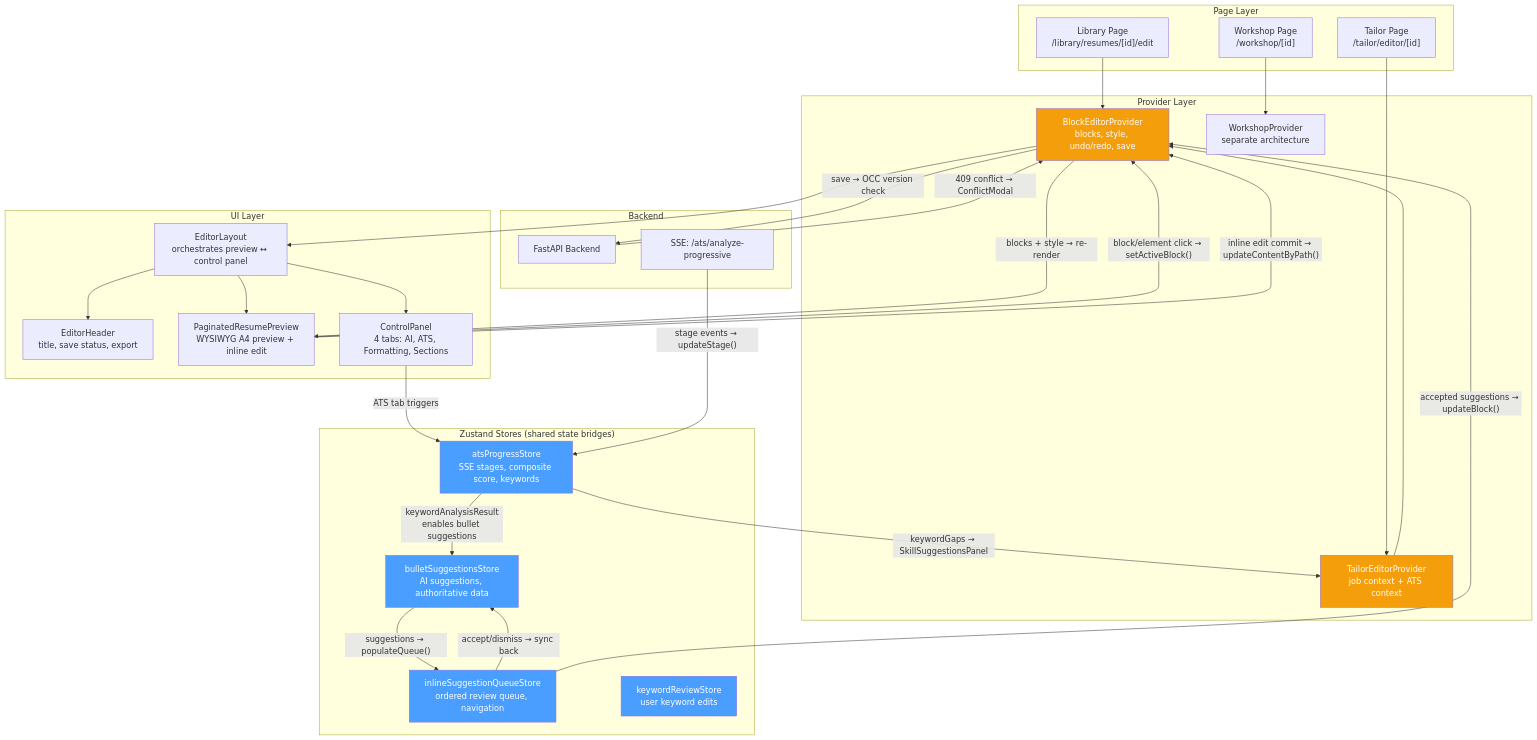
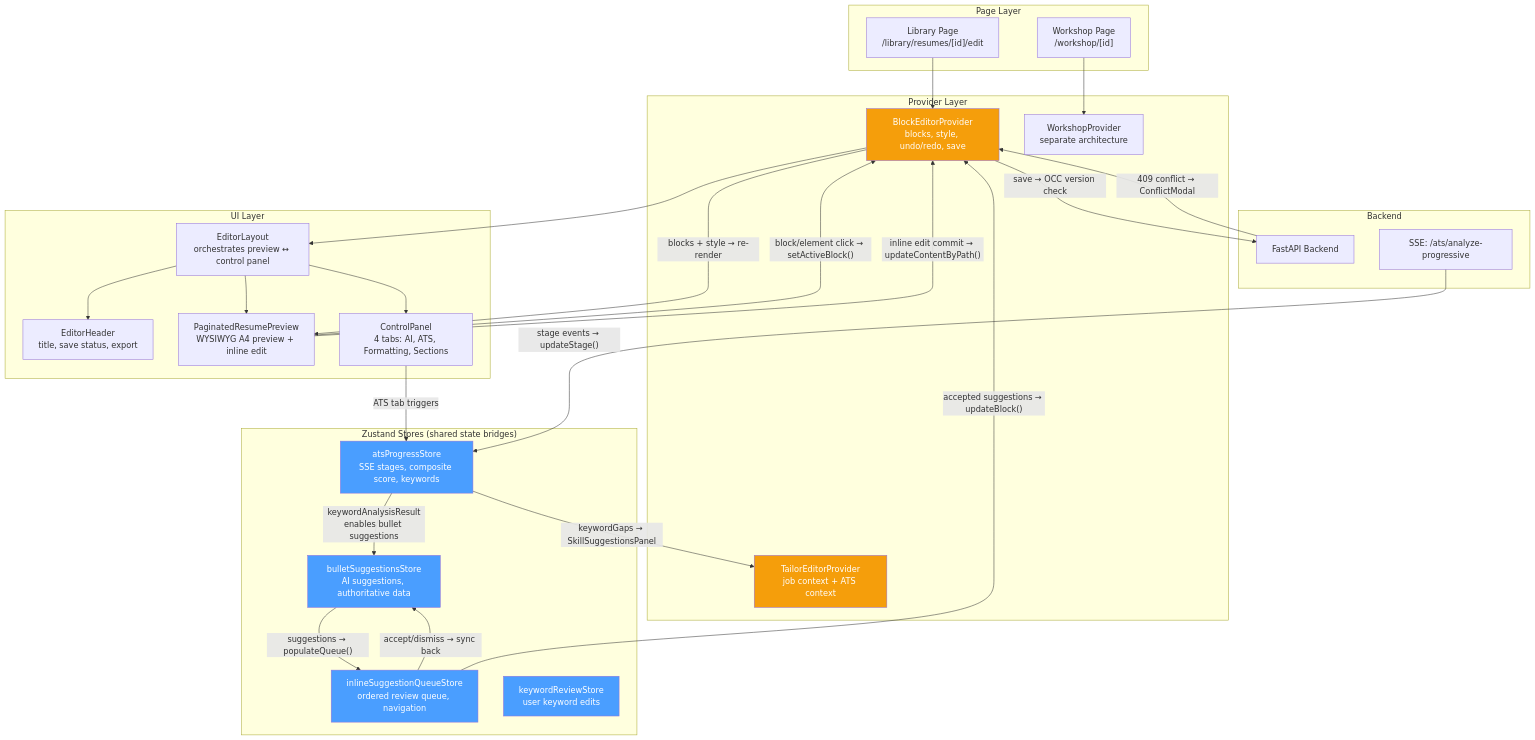
One commit to Sungchunn/AI-Resume-Tailor changed the first of 7 diagrams in docs/architecture/editor-guide.md. Above: the diagram before and after it, drawn with Mermaid. The commit also changed other lines of this file, not shown here.

First line of the commit message:
docs: mark tailor editor as disabled in editor guide

````diff
--- a/docs/architecture/editor-guide.md
+++ b/docs/architecture/editor-guide.md
@@ -13,64 +13,62 @@
 ```mermaid
 graph TB
     subgraph "Page Layer"
         LP["Library Page<br/>/library/resumes/[id]/edit"]
-        TP["Tailor Page<br/>/tailor/editor/[id]"]
         WP["Workshop Page<br/>/workshop/[id]"]
     end
 
     subgraph "Provider Layer"
         TEP["TailorEditorProvider<br/>job context + ATS context"]
         BEP["BlockEditorProvider<br/>blocks, style, undo/redo, save"]
         WSP["WorkshopProvider<br/>separate architecture"]
     end
 
     subgraph "UI Layer"
         EL["EditorLayout<br/>orchestrates preview ↔ control panel"]
         EH["EditorHeader<br/>title, save status, export"]
         PP["PaginatedResumePreview<br/>WYSIWYG A4 preview + inline edit"]
         CP["ControlPanel<br/>4 tabs: AI, ATS, Formatting, Sections"]
     end
 
     subgraph "Zustand Stores (shared state bridges)"
         APS["atsProgressStore<br/>SSE stages, composite score, keywords"]
         BSS["bulletSuggestionsStore<br/>AI suggestions, authoritative data"]
         ISQS["inlineSuggestionQueueStore<br/>ordered review queue, navigation"]
         KRS["keywordReviewStore<br/>user keyword edits"]
     end
 
     subgraph "Backend"
         API["FastAPI Backend"]
         SSE["SSE: /ats/analyze-progressive"]
     end
 
     LP --> BEP
-    TP --> TEP --> BEP
     WP --> WSP
 
     BEP --> EL
     EL --> EH
     EL --> PP
     EL --> CP
 
     CP -- "ATS tab triggers" --> APS
     APS -- "keywordAnalysisResult<br/>enables bullet suggestions" --> BSS
     APS -- "keywordGaps → SkillSuggestionsPanel" --> TEP
     BSS -- "suggestions → populateQueue()" --> ISQS
     ISQS -- "accept/dismiss → sync back" --> BSS
     ISQS -- "accepted suggestions → updateBlock()" --> BEP
 
     PP -- "block/element click → setActiveBlock()" --> BEP
     PP -- "inline edit commit → updateContentByPath()" --> BEP
     BEP -- "blocks + style → re-render" --> PP
 
     BEP -- "save → OCC version check" --> API
     API -- "409 conflict → ConflictModal" --> BEP
     SSE -- "stage events → updateStage()" --> APS
 
     style APS fill:#4a9eff,color:#fff
     style BSS fill:#4a9eff,color:#fff
     style ISQS fill:#4a9eff,color:#fff
     style KRS fill:#4a9eff,color:#fff
     style BEP fill:#f59e0b,color:#fff
     style TEP fill:#f59e0b,color:#fff
 ```
````
